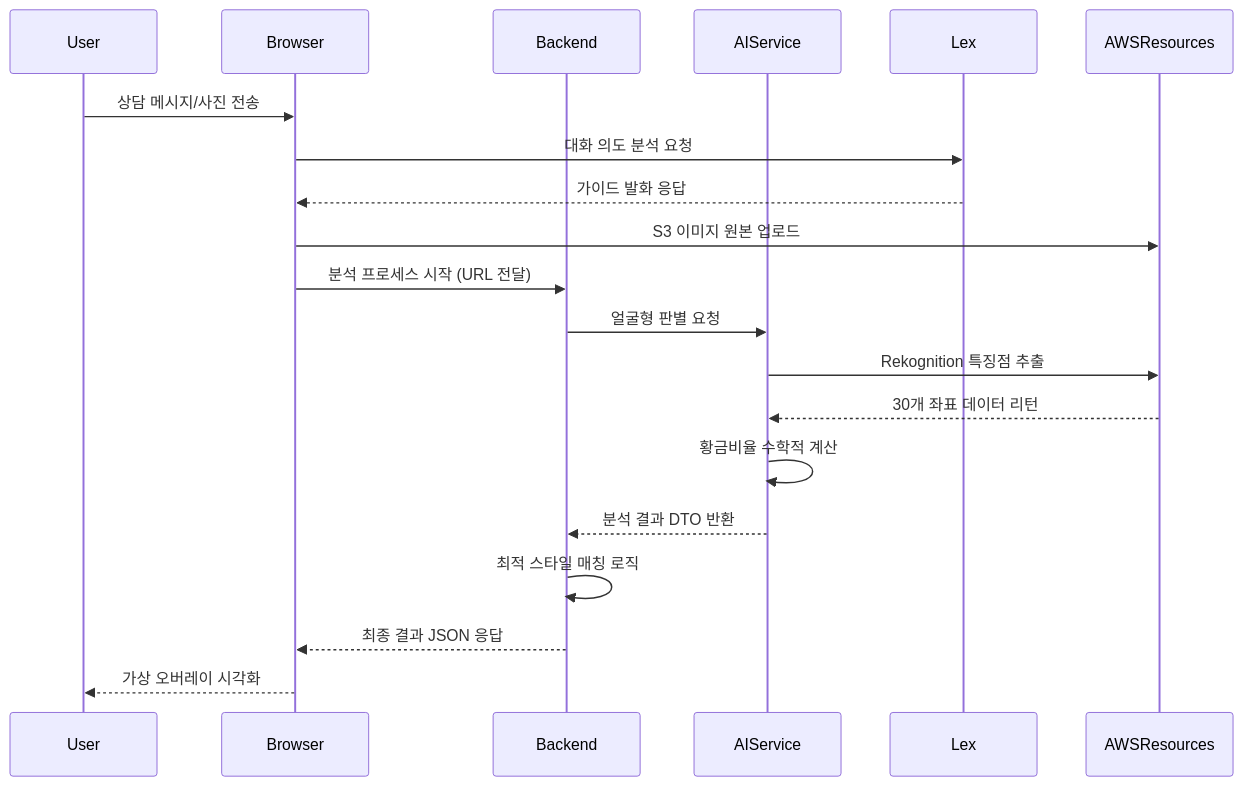
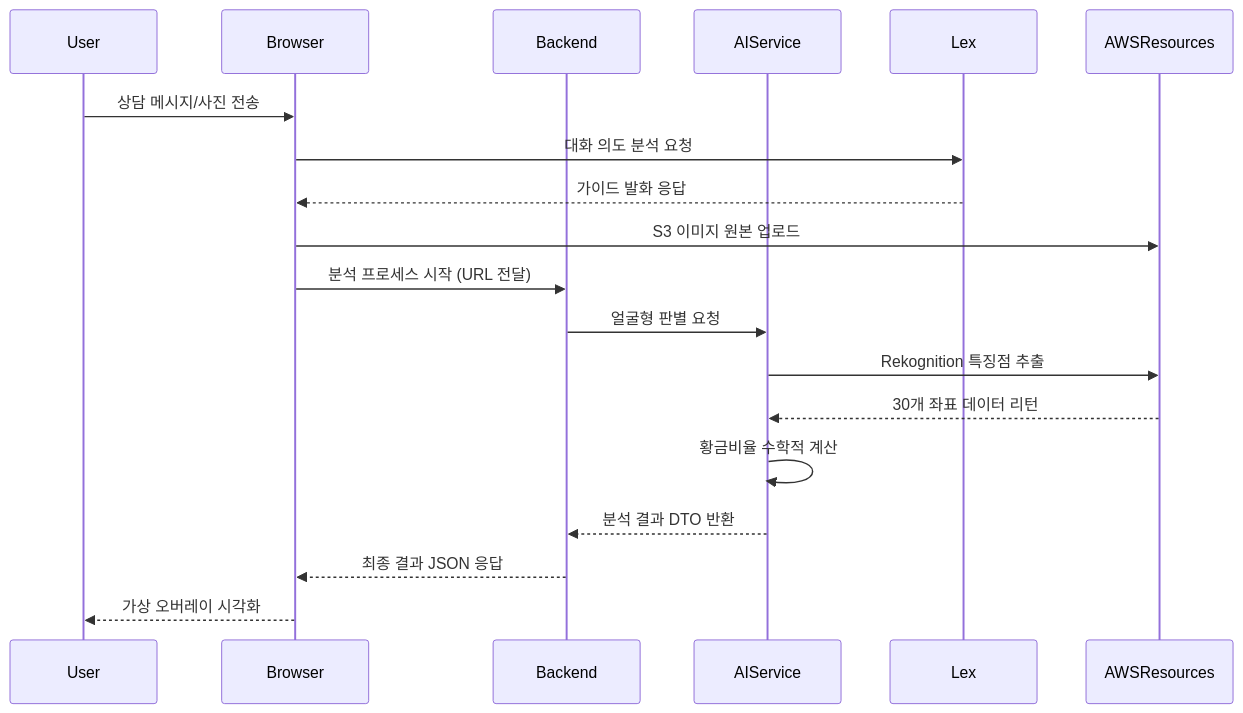
One commit to parknahye-dot/Eye-Brow-Architect changed the third of 4 diagrams in README.md. Above: the diagram before and after it, drawn with Mermaid. The commit also changed other lines of this file, not shown here.

````diff
--- a/README.md
+++ b/README.md
@@ -137,23 +196,22 @@
 ```mermaid
 sequenceDiagram
     participant User
     participant Browser
     participant Backend
     participant AIService
     participant Lex
     participant AWSResources
 
     User->>Browser: 상담 메시지/사진 전송
     Browser->>Lex: 대화 의도 분석 요청
     Lex-->>Browser: 가이드 발화 응답
     Browser->>AWSResources: S3 이미지 원본 업로드
     Browser->>Backend: 분석 프로세스 시작 (URL 전달)
     Backend->>AIService: 얼굴형 판별 요청
     AIService->>AWSResources: Rekognition 특징점 추출
     AWSResources-->>AIService: 30개 좌표 데이터 리턴
     AIService->>AIService: 황금비율 수학적 계산
     AIService-->>Backend: 분석 결과 DTO 반환
-    Backend->>Backend: 최적 스타일 매칭 로직
     Backend-->>Browser: 최종 결과 JSON 응답
     Browser-->>User: 가상 오버레이 시각화
 ```
````
